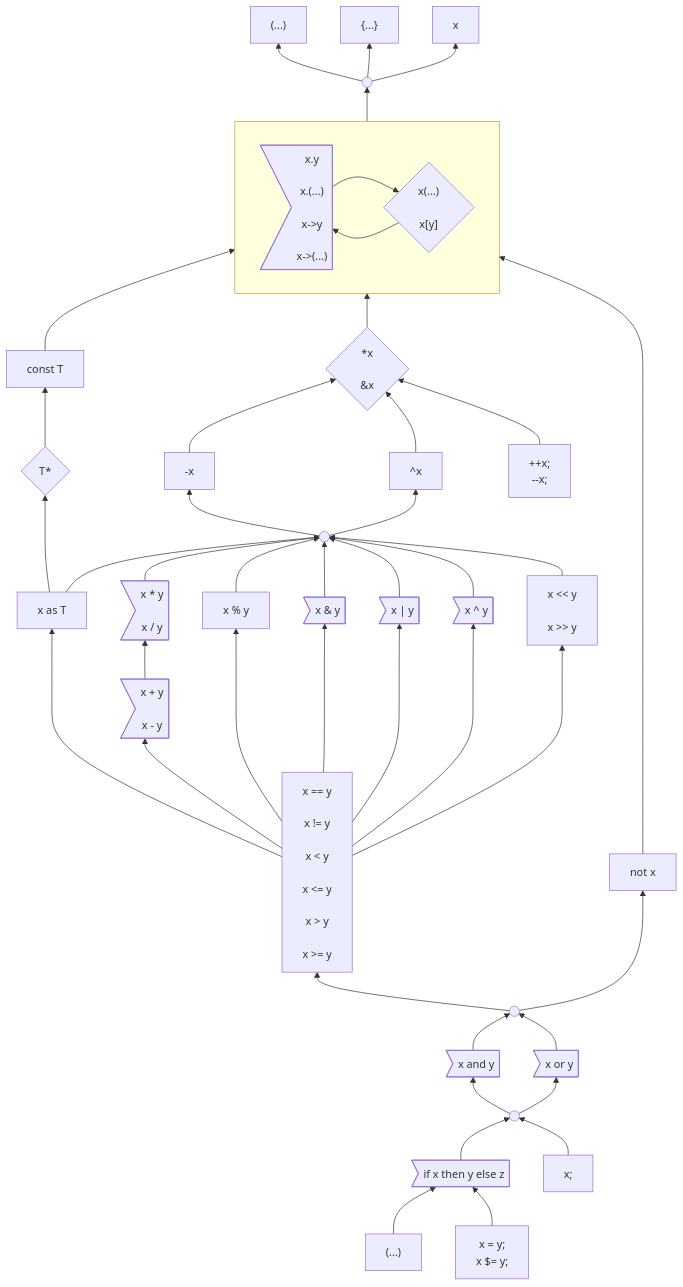
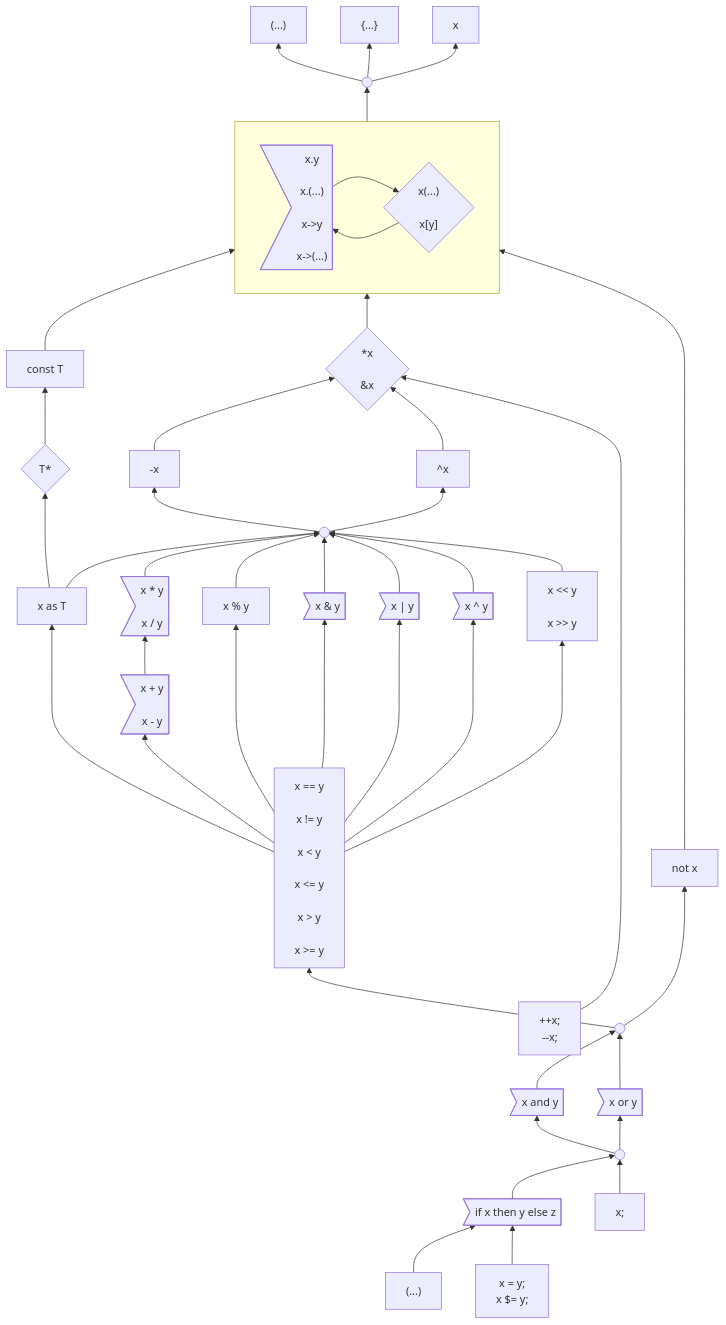
Before and after one commit to carbon-language/carbon-lang: the first of 3 diagrams in docs/design/expressions/README.md, drawn with Mermaid.

Commit message:
Checkpoint progress.

```diff
--- a/docs/design/expressions/README.md
+++ b/docs/design/expressions/README.md
@@ -165,7 +165,8 @@
     as --> pointerType
 
     pointer --> memberCallIndex
-    negation & complement & incDec --> pointer
+    negation & complement --> pointer
+    incDec -------> pointer
     unary --> negation & complement
     %% Use a longer arrow here to put `not` next to `and` and `or`.
     not -------> memberCallIndex
```
